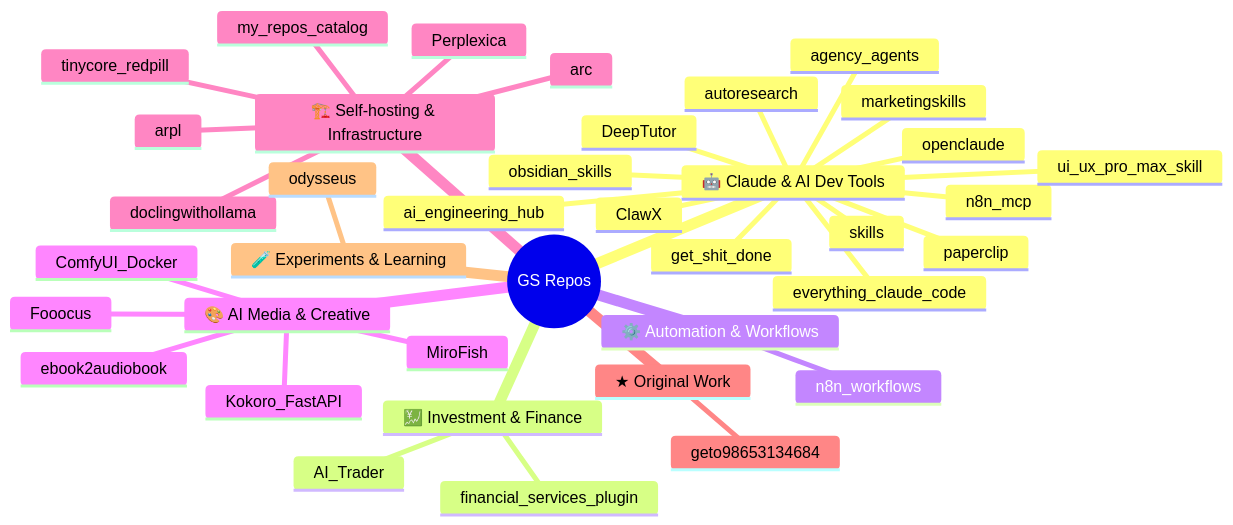
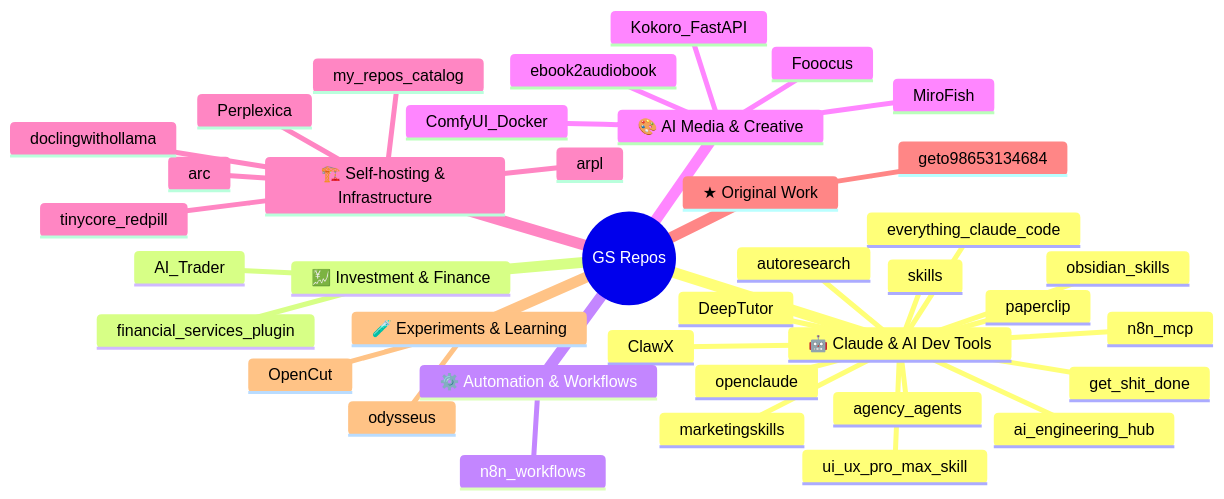
The diagram in README.md (geto98653134684/my-repos-catalog), drawn with Mermaid before and after one commit. The commit also changed other lines of this file and 1 other file, not shown here.

````diff
--- a/README.md
+++ b/README.md
@@ -15,41 +15,42 @@
 ```mermaid
 mindmap
   root((GS Repos))
     🤖 Claude & AI Dev Tools
       openclaude
       skills
       DeepTutor
       get_shit_done
       n8n_mcp
       everything_claude_code
       marketingskills
       ai_engineering_hub
       ClawX
       agency_agents
       paperclip
       autoresearch
       ui_ux_pro_max_skill
       obsidian_skills
     💹 Investment & Finance
       AI_Trader
       financial_services_plugin
     ⚙️ Automation & Workflows
       n8n_workflows
     🎨 AI Media & Creative
       MiroFish
       ComfyUI_Docker
       Kokoro_FastAPI
       Fooocus
       ebook2audiobook
     🏗️ Self-hosting & Infrastructure
       my_repos_catalog
       Perplexica
       arc
       doclingwithollama
       arpl
       tinycore_redpill
     ★ Original Work
       geto98653134684
     🧪 Experiments & Learning
       odysseus
+      OpenCut
 ```
````
